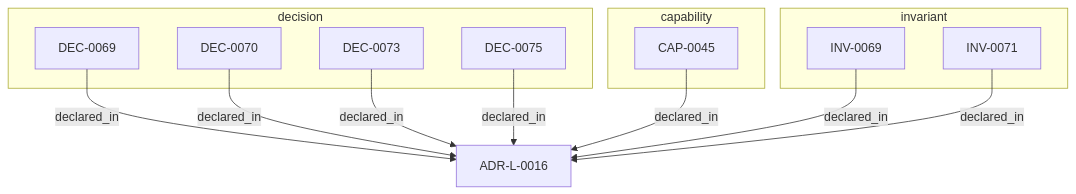
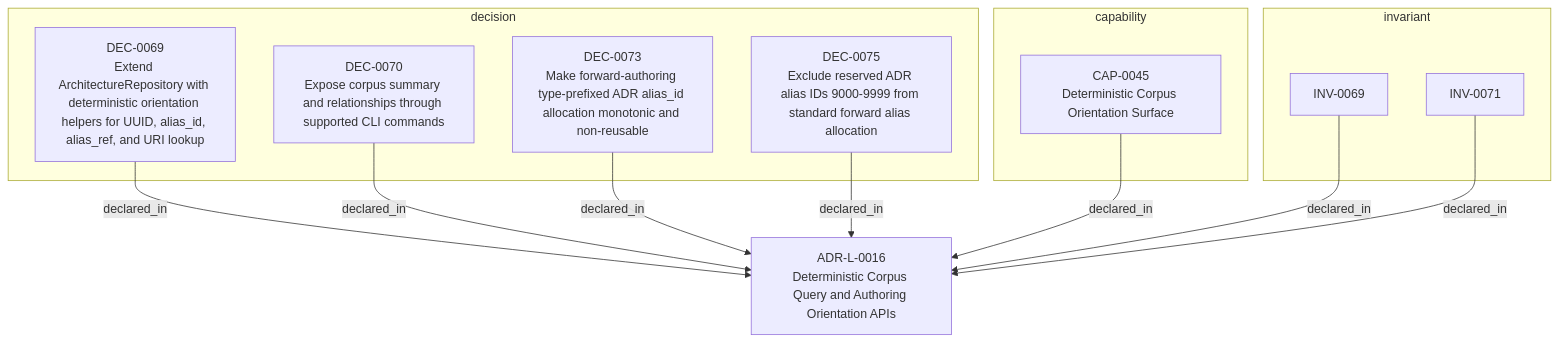
One commit to egallmann/adr-architecture-kit changed the diagram in adrs/adr-projection/logical/ADR-L-0016-deterministic-corpus-query-and-authoring-orientation-apis.md. Above: the diagram before and after it, drawn with Mermaid. The commit also changed other lines of this file and 35 other files, not shown here.

First line of the commit message:
docs: regenerate deterministic ADR-PC projections

````diff
--- a/adrs/adr-projection/logical/ADR-L-0016-deterministic-corpus-query-and-authoring-orientation-apis.md
+++ b/adrs/adr-projection/logical/ADR-L-0016-deterministic-corpus-query-and-authoring-orientation-apis.md
@@ -63,24 +63,24 @@
 ```mermaid
 flowchart TB
-  n_019fee89_e617_7fe1_8d2c_cc2745c31674["ADR-L-0016"]
+  n_019fee89_e617_7fe1_8d2c_cc2745c31674["ADR-L-0016<br/>Deterministic Corpus Query and Authoring Orientation APIs"]
   subgraph sg_capability["capability"]
-    n_019fee89_e617_778b_8137_22bcc675b053["CAP-0045"]
+    n_019fee89_e617_778b_8137_22bcc675b053["CAP-0045<br/>Deterministic Corpus Orientation Surface"]
   end
   subgraph sg_decision["decision"]
-    n_019fee89_e617_7315_9e36_7af95f814c83["DEC-0069"]
-    n_019fee89_e617_768d_9e3e_f61039a3d61c["DEC-0070"]
-    n_019fee89_e617_797f_9e3e_50212acb0456["DEC-0073"]
-    n_019fee89_e617_7686_bc3f_536f1b00edfa["DEC-0075"]
+    n_019fee89_e617_7315_9e36_7af95f814c83["DEC-0069<br/>Extend ArchitectureRepository with deterministic orientation helpers for UUID, alias_id, alias_ref, and URI lookup"]
+    n_019fee89_e617_768d_9e3e_f61039a3d61c["DEC-0070<br/>Expose corpus summary and relationships through supported CLI commands"]
+    n_019fee89_e617_797f_9e3e_50212acb0456["DEC-0073<br/>Make forward-authoring type-prefixed ADR alias_id allocation monotonic and non-reusable"]
+    n_019fee89_e617_7686_bc3f_536f1b00edfa["DEC-0075<br/>Exclude reserved ADR alias IDs 9000-9999 from standard forward alias allocation"]
   end
   subgraph sg_invariant["invariant"]
     n_019fee89_e617_77bc_8d3f_07c5c91bb5bb["INV-0069"]
     n_019fee89_e617_79c9_ad2a_7a26923d678d["INV-0071"]
   end
   n_019fee89_e617_7315_9e36_7af95f814c83 -->|"declared_in"| n_019fee89_e617_7fe1_8d2c_cc2745c31674
   n_019fee89_e617_7686_bc3f_536f1b00edfa -->|"declared_in"| n_019fee89_e617_7fe1_8d2c_cc2745c31674
   n_019fee89_e617_768d_9e3e_f61039a3d61c -->|"declared_in"| n_019fee89_e617_7fe1_8d2c_cc2745c31674
   n_019fee89_e617_778b_8137_22bcc675b053 -->|"declared_in"| n_019fee89_e617_7fe1_8d2c_cc2745c31674
   n_019fee89_e617_77bc_8d3f_07c5c91bb5bb -->|"declared_in"| n_019fee89_e617_7fe1_8d2c_cc2745c31674
   n_019fee89_e617_797f_9e3e_50212acb0456 -->|"declared_in"| n_019fee89_e617_7fe1_8d2c_cc2745c31674
   n_019fee89_e617_79c9_ad2a_7a26923d678d -->|"declared_in"| n_019fee89_e617_7fe1_8d2c_cc2745c31674
 ```
````
